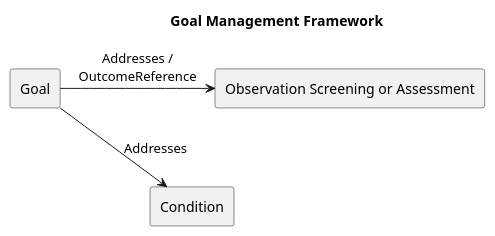
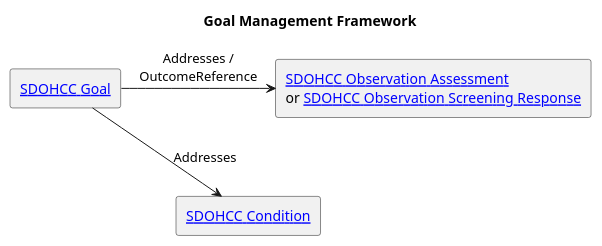
The diagram in input/images-source/GoalManagementFramework.plantuml (HL7/fhir-sdoh-clinicalcare), drawn with PlantUML before and after one commit. The commit also changed 21 other files, not shown here.

Commit message:
Additional Diagram updates

```diff
--- a/input/images-source/GoalManagementFramework.plantuml
+++ b/input/images-source/GoalManagementFramework.plantuml
@@ -1,13 +1,13 @@
 @startuml
 
 title "Goal Management Framework"
 
-agent "Goal" as G
-agent  "Observation Screening or Assessment" as OSR
-agent  "Condition" as C
+agent "[[StructureDefinition-SDOHCC-Goal.html SDOHCC Goal]]" as G
+agent  "[[StructureDefinition-SDOHCC-ObservationAssessment.html SDOHCC Observation Assessment]]\nor [[StructureDefinition-SDOHCC-ObservationScreeningResponse.html SDOHCC Observation Screening Response]]" as OSR
+agent  "[[StructureDefinition-SDOHCC-Condition.html SDOHCC Condition]]" as C
 
 C -[hidden]u-> OSR : hidden link to ensure OSR is rendered after C
 G -r-> OSR : Addresses /\nOutcomeReference
 G -r-> C : Addresses
 
 @enduml
```
